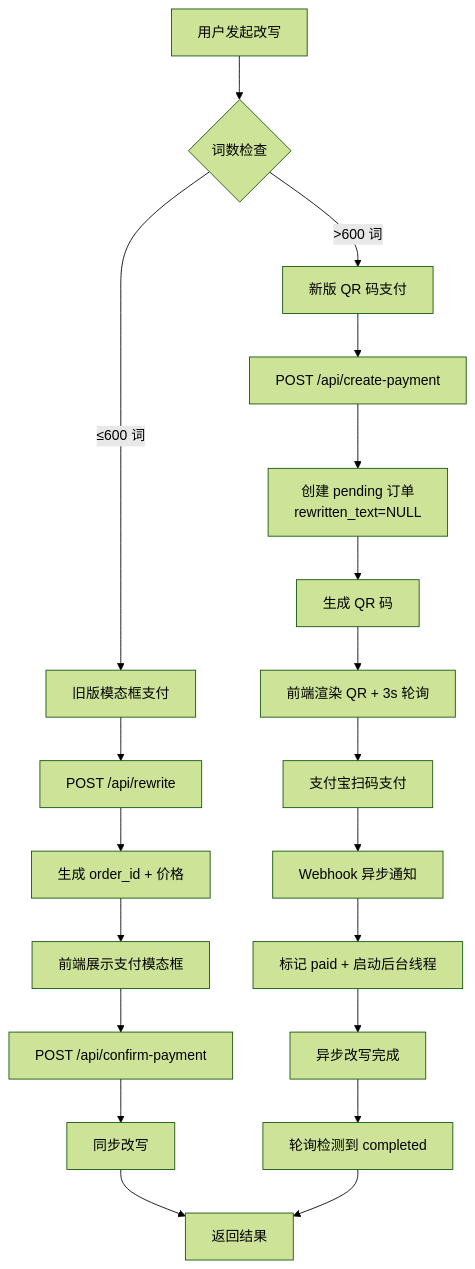
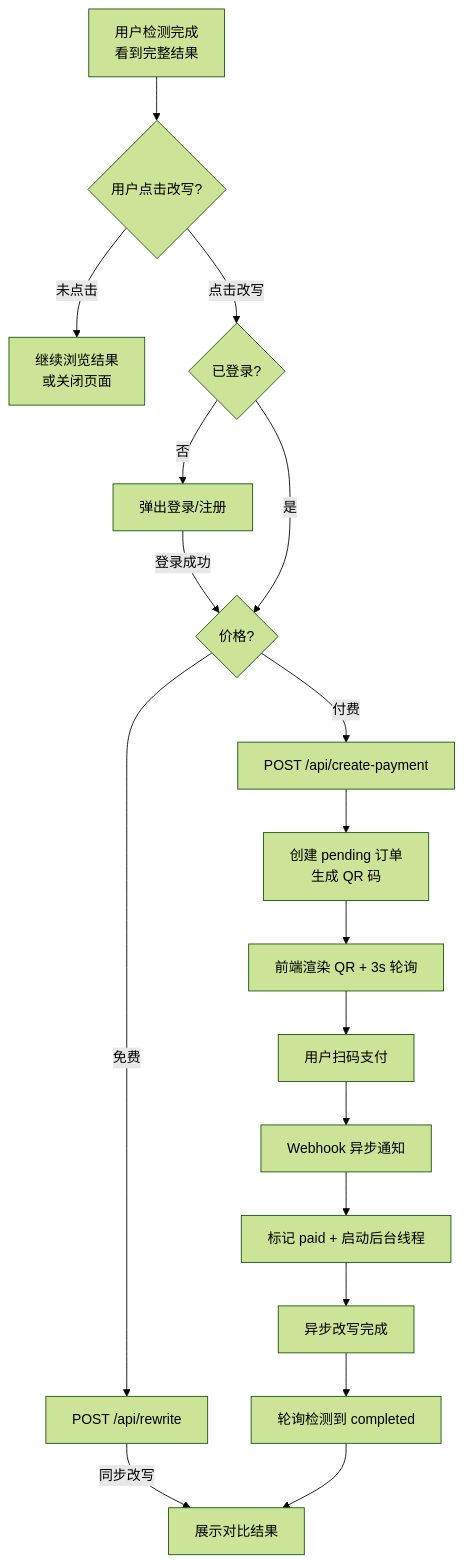
Before and after one commit to tjzzz/ipengAI_projects: diagram 13 of 17 in projects/aigc-humanizer-en/docs/TECHNICAL_ARCHITECTURE.md, drawn with Mermaid (forest theme). The commit also changed other lines of this file and 10 other files, not shown here.

First line of the commit message:
feat: progressive interaction flow and interaction improvements

````diff
--- a/projects/aigc-humanizer-en/docs/TECHNICAL_ARCHITECTURE.md
+++ b/projects/aigc-humanizer-en/docs/TECHNICAL_ARCHITECTURE.md
@@ -686,24 +699,23 @@
 ```mermaid
 flowchart TD
-    A[用户发起改写] --> B{词数检查}
-    B -->|≤600 词| C[旧版模态框支付]
-    B -->|>600 词| D[新版 QR 码支付]
-
-    C --> C1[POST /api/rewrite]
-    C1 --> C2[生成 order_id + 价格]
-    C2 --> C3[前端展示支付模态框]
-    C3 --> C4[POST /api/confirm-payment]
-    C4 --> C5[同步改写]
-    C5 --> C6[返回结果]
-
-    D --> D1[POST /api/create-payment]
-    D1 --> D2[创建 pending 订单\nrewritten_text=NULL]
-    D2 --> D3[生成 QR 码]
-    D3 --> D4[前端渲染 QR + 3s 轮询]
-    D4 --> D5[支付宝扫码支付]
-    D5 --> D6[Webhook 异步通知]
-    D6 --> D7[标记 paid + 启动后台线程]
-    D7 --> D8[异步改写完成]
-    D8 --> D9[轮询检测到 completed]
-    D9 --> C6
+    A[用户检测完成<br>看到完整结果] --> B{用户点击改写?}
+    B -->|未点击| C[继续浏览结果<br>或关闭页面]
+    
+    B -->|点击改写| D{已登录?}
+    D -->|否| E[弹出登录/注册]
+    E -->|登录成功| F{价格?}
+    D -->|是| F
+    
+    F -->|免费| G[POST /api/rewrite]
+    G -->|同步改写| H[展示对比结果]
+    
+    F -->|付费| I[POST /api/create-payment]
+    I --> J[创建 pending 订单<br>生成 QR 码]
+    J --> K[前端渲染 QR + 3s 轮询]
+    K --> L[用户扫码支付]
+    L --> M[Webhook 异步通知]
+    M --> N[标记 paid + 启动后台线程]
+    N --> O[异步改写完成]
+    O --> P[轮询检测到 completed]
+    P --> H
 ```
````
